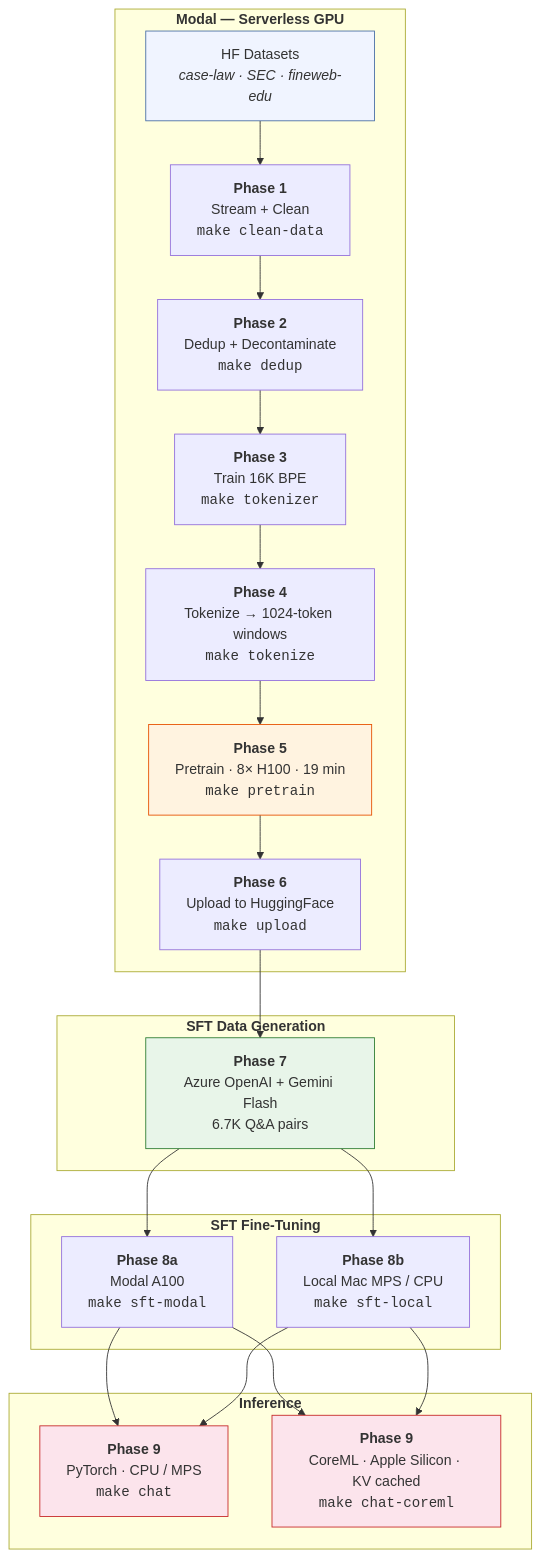
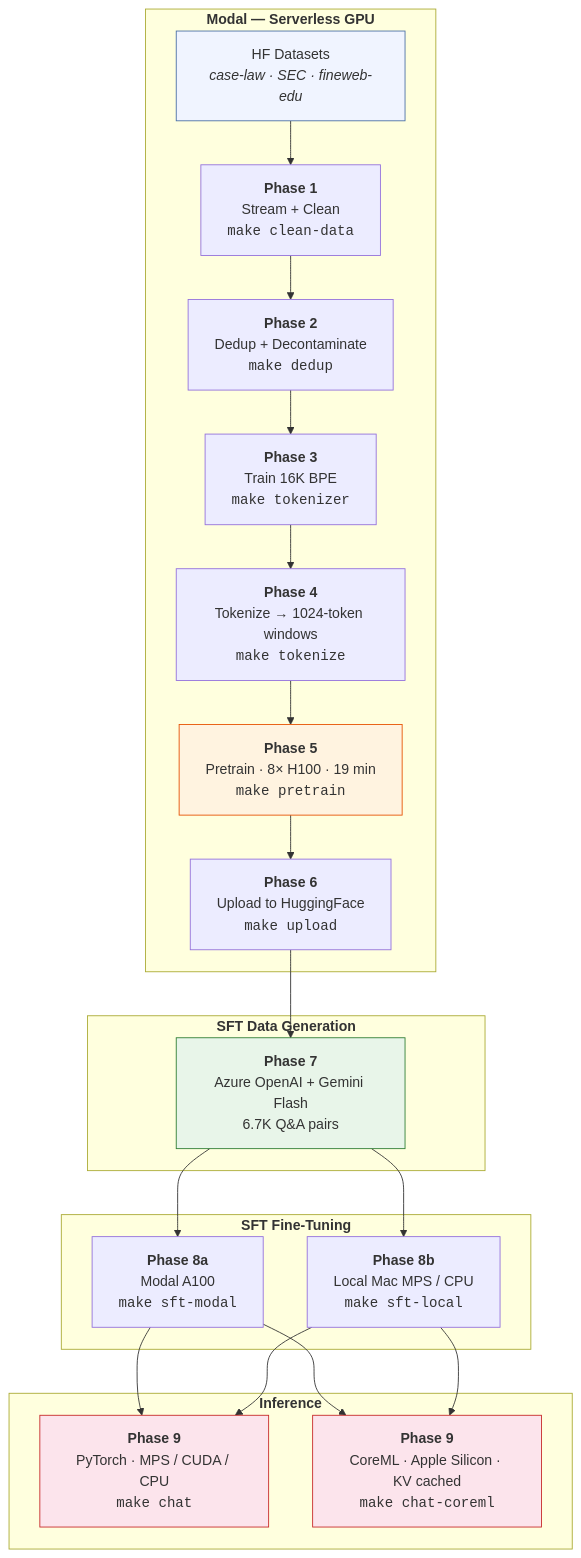
The diagram in README.md (trehansalil/slm-engineering), drawn with Mermaid before and after one commit. The commit also changed other lines of this file, not shown here.

````diff
--- a/README.md
+++ b/README.md
@@ -42,33 +42,33 @@
 ```mermaid
 graph TD
     subgraph "<b>Modal — Serverless GPU</b>"
         A["HF Datasets<br/><i>case-law · SEC · fineweb-edu</i>"] --> B["<b>Phase 1</b><br/>Stream + Clean<br/><code>make clean-data</code>"]
         B --> C["<b>Phase 2</b><br/>Dedup + Decontaminate<br/><code>make dedup</code>"]
         C --> D["<b>Phase 3</b><br/>Train 16K BPE<br/><code>make tokenizer</code>"]
         D --> E["<b>Phase 4</b><br/>Tokenize → 1024-token windows<br/><code>make tokenize</code>"]
         E --> F["<b>Phase 5</b><br/>Pretrain · 8× H100 · 19 min<br/><code>make pretrain</code>"]
         F --> G["<b>Phase 6</b><br/>Upload to HuggingFace<br/><code>make upload</code>"]
     end
 
     subgraph "<b>SFT Data Generation</b>"
         G --> H["<b>Phase 7</b><br/>Azure OpenAI + Gemini Flash<br/>6.7K Q&A pairs"]
     end
 
     subgraph "<b>SFT Fine-Tuning</b>"
         H --> I["<b>Phase 8a</b><br/>Modal A100<br/><code>make sft-modal</code>"]
         H --> J["<b>Phase 8b</b><br/>Local Mac MPS / CPU<br/><code>make sft-local</code>"]
     end
 
     subgraph "<b>Inference</b>"
-        I --> K["<b>Phase 9</b><br/>PyTorch · CPU / MPS<br/><code>make chat</code>"]
+        I --> K["<b>Phase 9</b><br/>PyTorch · MPS / CUDA / CPU<br/><code>make chat</code>"]
         J --> K
         I --> L["<b>Phase 9</b><br/>CoreML · Apple Silicon · KV cached<br/><code>make chat-coreml</code>"]
         J --> L
     end
 
     style A fill:#f0f4ff,stroke:#4a6fa5
     style F fill:#fff3e0,stroke:#e65100
     style H fill:#e8f5e9,stroke:#2e7d32
     style K fill:#fce4ec,stroke:#c62828
     style L fill:#fce4ec,stroke:#c62828
 ```
````
